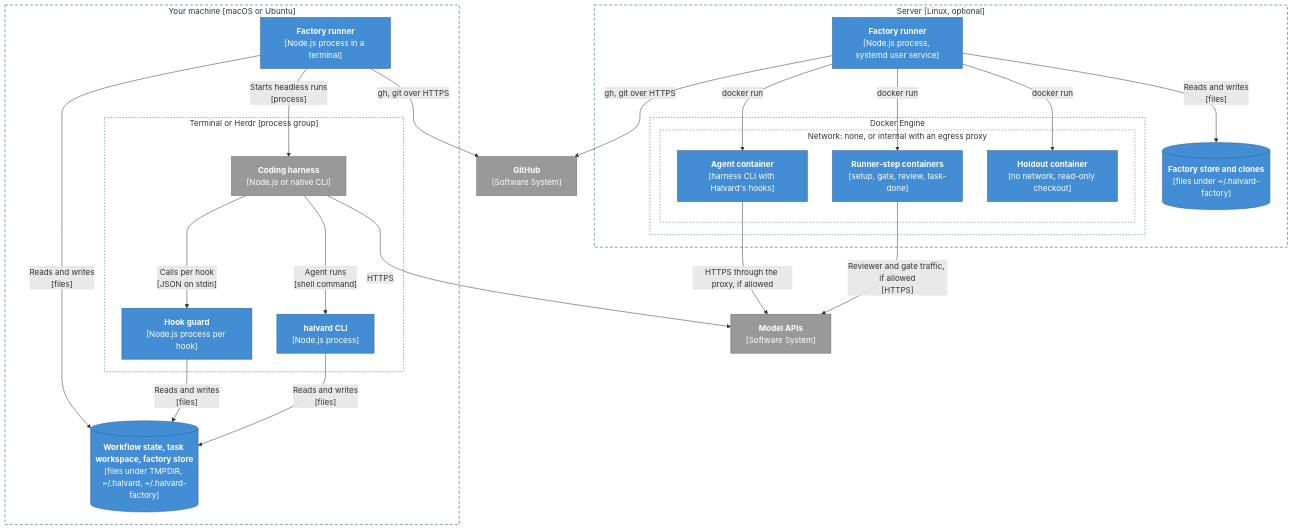
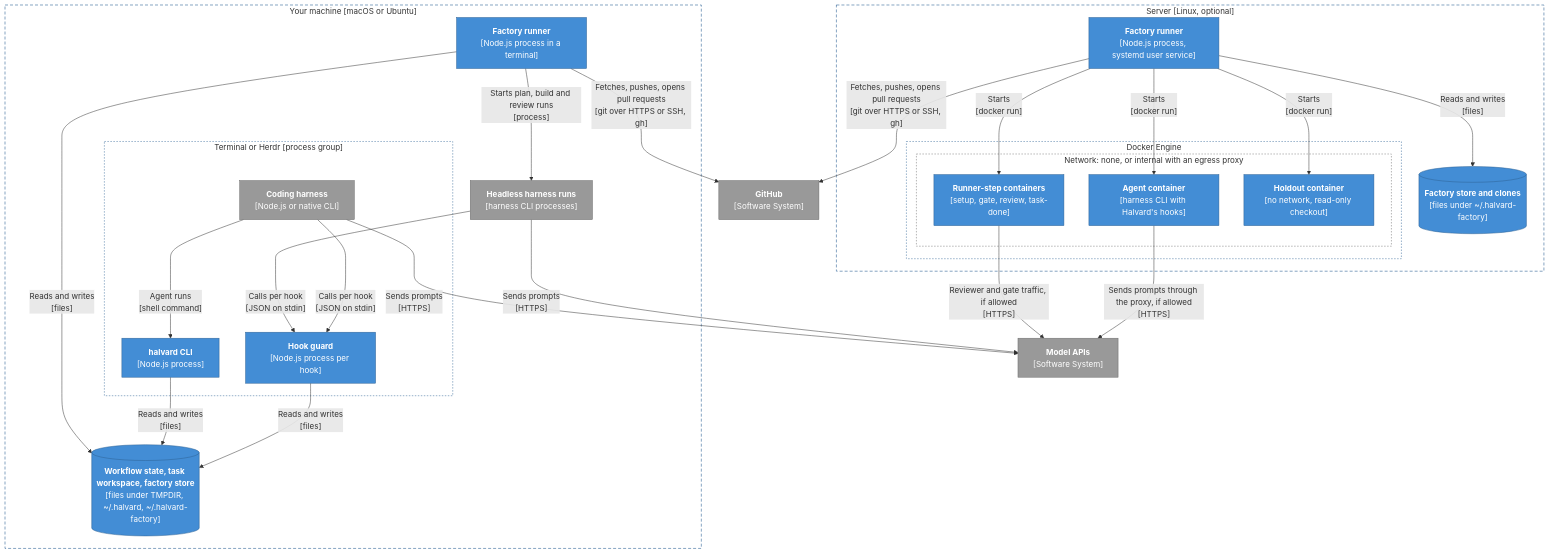
One commit to ghulando/halvard changed the seventh of 7 diagrams in docs/architecture.md. Above: the diagram before and after it, drawn with Mermaid. The commit also changed other lines of this file, not shown here.

Commit message:
State exactly what each factory container gets
Setup containers get only the clone. Gate, review and task-done
containers also get the task workspace, the receipt folder and the
personal settings. Every container gets Halvard's own settings
variables besides the listed ones.

The dynamic diagram records the committed event before the push. The
deployment diagram draws headless runs apart from the terminal session,
and every arrow names its technology.

Claude-Session: https://claude.ai/code/session_01V1v4E4jezNx9bqeoXCigaD

````diff
--- a/docs/architecture.md
+++ b/docs/architecture.md
@@ -313,53 +314,56 @@
 ```mermaid
 flowchart TB
     subgraph laptop["Your machine [macOS or Ubuntu]"]
         subgraph term["Terminal or Herdr [process group]"]
             h1["<b>Coding harness</b><br/>[Node.js or native CLI]"]
             g1["<b>Hook guard</b><br/>[Node.js process per hook]"]
             c1["<b>halvard CLI</b><br/>[Node.js process]"]
         end
         f1["<b>Factory runner</b><br/>[Node.js process in a terminal]"]
+        hh["<b>Headless harness runs</b><br/>[harness CLI processes]"]
         d1[("<b>Workflow state, task workspace, factory store</b><br/>[files under TMPDIR, ~/.halvard, ~/.halvard-factory]")]
     end
 
     subgraph vps["Server [Linux, optional]"]
         f2["<b>Factory runner</b><br/>[Node.js process, systemd user service]"]
         d2[("<b>Factory store and clones</b><br/>[files under ~/.halvard-factory]")]
         subgraph engine["Docker Engine"]
             subgraph net["Network: none, or internal with an egress proxy"]
                 a2["<b>Agent container</b><br/>[harness CLI with Halvard's hooks]"]
                 r2["<b>Runner-step containers</b><br/>[setup, gate, review, task-done]"]
                 o2["<b>Holdout container</b><br/>[no network, read-only checkout]"]
             end
         end
     end
 
     gh["<b>GitHub</b><br/>[Software System]"]
     api["<b>Model APIs</b><br/>[Software System]"]
 
     h1 -- "Calls per hook<br/>[JSON on stdin]" --> g1
     h1 -- "Agent runs<br/>[shell command]" --> c1
     g1 -- "Reads and writes<br/>[files]" --> d1
     c1 -- "Reads and writes<br/>[files]" --> d1
     f1 -- "Reads and writes<br/>[files]" --> d1
-    f1 -- "Starts headless runs<br/>[process]" --> h1
-    f1 -- "gh, git over HTTPS" --> gh
-    f2 -- "gh, git over HTTPS" --> gh
-    f2 -- "docker run" --> a2
-    f2 -- "docker run" --> r2
-    f2 -- "docker run" --> o2
+    f1 -- "Starts plan, build and review runs<br/>[process]" --> hh
+    hh -- "Calls per hook<br/>[JSON on stdin]" --> g1
+    f1 -- "Fetches, pushes, opens pull requests<br/>[git over HTTPS or SSH, gh]" --> gh
+    f2 -- "Fetches, pushes, opens pull requests<br/>[git over HTTPS or SSH, gh]" --> gh
+    f2 -- "Starts<br/>[docker run]" --> a2
+    f2 -- "Starts<br/>[docker run]" --> r2
+    f2 -- "Starts<br/>[docker run]" --> o2
     f2 -- "Reads and writes<br/>[files]" --> d2
-    h1 -- "HTTPS" --> api
-    a2 -- "HTTPS through the proxy, if allowed" --> api
+    h1 -- "Sends prompts<br/>[HTTPS]" --> api
+    hh -- "Sends prompts<br/>[HTTPS]" --> api
+    a2 -- "Sends prompts through the proxy, if allowed<br/>[HTTPS]" --> api
     r2 -- "Reviewer and gate traffic, if allowed<br/>[HTTPS]" --> api
 
     classDef container fill:#438dd5,stroke:#2e6295,color:#ffffff
     classDef external fill:#999999,stroke:#6b6b6b,color:#ffffff
     class g1,c1,f1,f2,d1,d2,a2,r2,o2 container
-    class h1,gh,api external
+    class h1,hh,gh,api external
     style laptop fill:none,stroke:#0b4884,stroke-dasharray:6 4
     style vps fill:none,stroke:#0b4884,stroke-dasharray:6 4
     style term fill:none,stroke:#2e6295,stroke-dasharray:3 3
     style engine fill:none,stroke:#2e6295,stroke-dasharray:3 3
     style net fill:none,stroke:#6b6b6b,stroke-dasharray:3 3
 ```
````
